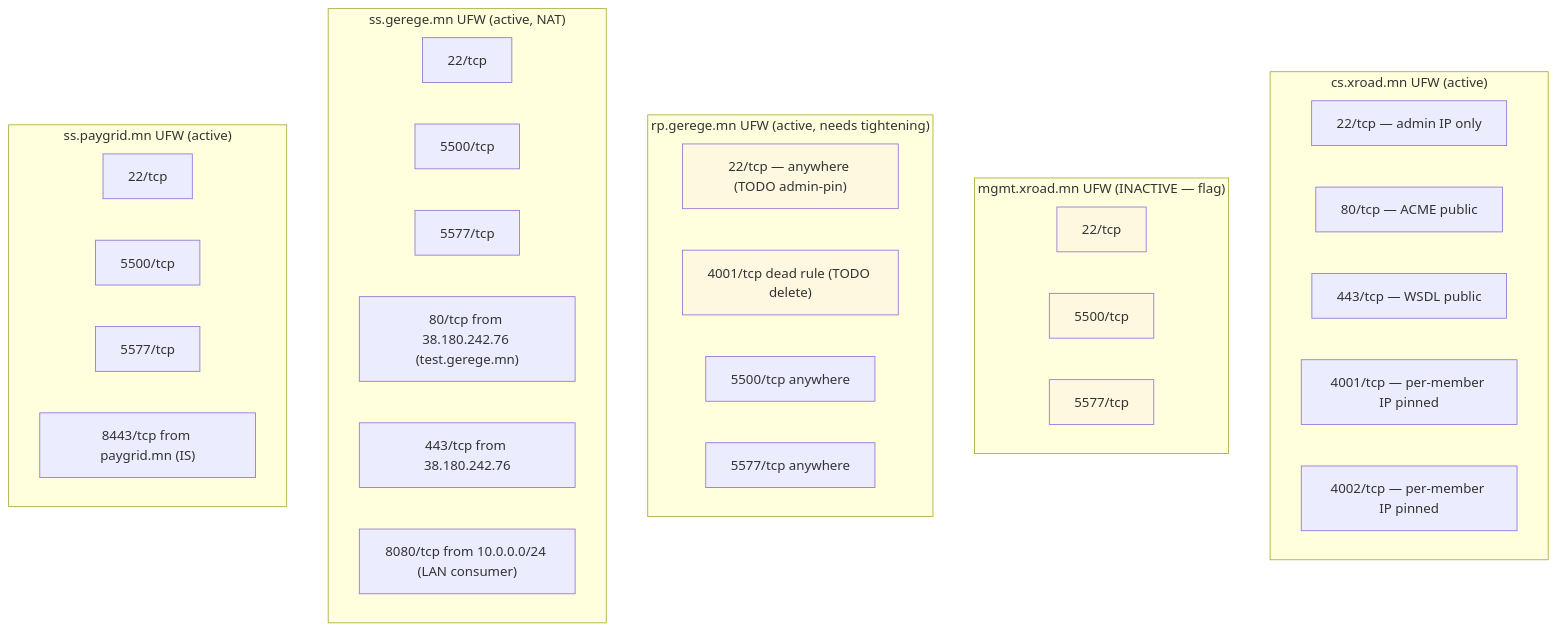
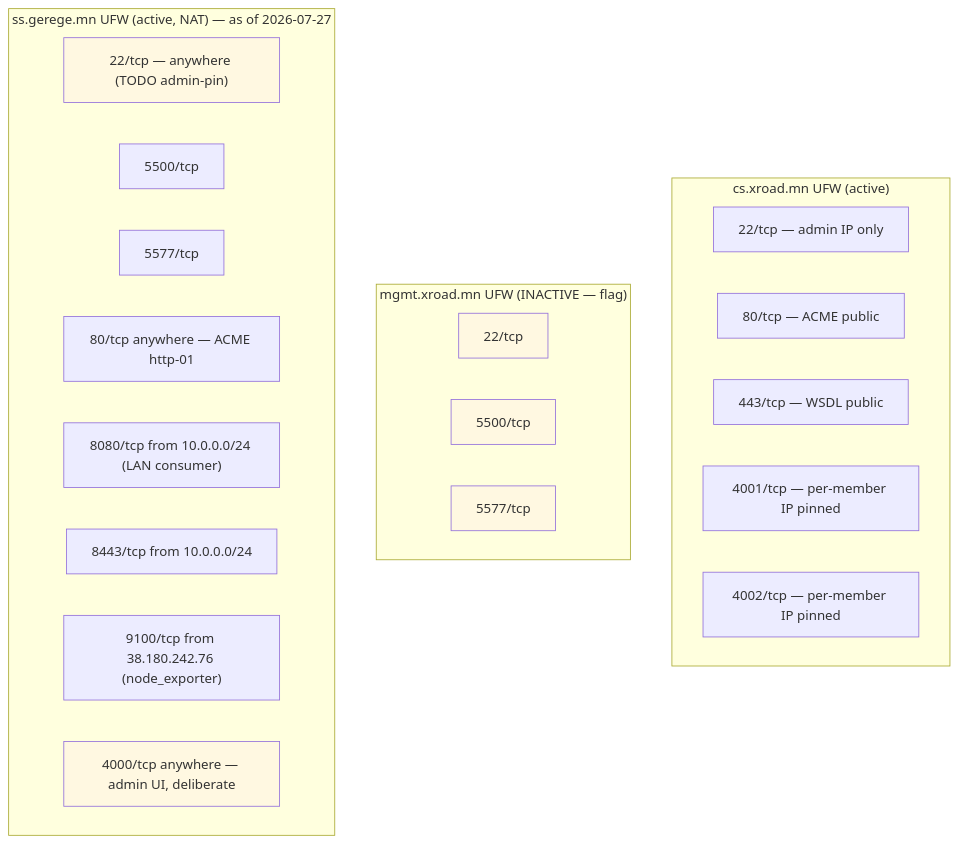
One commit to geregedevops/xroad-mongolia-mn changed the third of 3 diagrams in docs/topology.md. Above: the diagram before and after it, drawn with Mermaid. The commit also changed other lines of this file and 3 other files, not shown here.

````diff
--- a/docs/topology.md
+++ b/docs/topology.md
@@ -101,44 +107,32 @@
 ```mermaid
 graph TB
     %% Per-host UFW posture (2026-05 snapshot)
 
     subgraph cs_ufw["cs.xroad.mn UFW (active)"]
         cs_ssh["22/tcp — admin IP only"]
         cs_80["80/tcp — ACME public"]
         cs_443["443/tcp — WSDL public"]
         cs_4001["4001/tcp — per-member IP pinned"]
         cs_4002["4002/tcp — per-member IP pinned"]
     end
 
     subgraph mgmt_ufw["mgmt.xroad.mn UFW (INACTIVE — flag)"]
         m_22["22/tcp"]
         m_5500["5500/tcp"]
         m_5577["5577/tcp"]
     end
 
-    subgraph rp_ufw["rp.gerege.mn UFW (active, needs tightening)"]
-        rp_22["22/tcp — anywhere (TODO admin-pin)"]
-        rp_4001["4001/tcp dead rule (TODO delete)"]
-        rp_5500["5500/tcp anywhere"]
-        rp_5577["5577/tcp anywhere"]
-    end
-
-    subgraph ss_ufw["ss.gerege.mn UFW (active, NAT)"]
-        ss_22["22/tcp"]
+    subgraph ss_ufw["ss.gerege.mn UFW (active, NAT) — as of 2026-07-27"]
+        ss_22["22/tcp — anywhere (TODO admin-pin)"]
         ss_5500["5500/tcp"]
         ss_5577["5577/tcp"]
-        ss_80["80/tcp from 38.180.242.76 (test.gerege.mn)"]
-        ss_443["443/tcp from 38.180.242.76"]
+        ss_80["80/tcp anywhere — ACME http-01"]
         ss_8080["8080/tcp from 10.0.0.0/24 (LAN consumer)"]
-    end
-
-    subgraph pay_ufw["ss.paygrid.mn UFW (active)"]
-        p_22["22/tcp"]
-        p_5500["5500/tcp"]
-        p_5577["5577/tcp"]
-        p_8443["8443/tcp from paygrid.mn (IS)"]
+        ss_8443["8443/tcp from 10.0.0.0/24"]
+        ss_9100["9100/tcp from 38.180.242.76 (node_exporter)"]
+        ss_4000["4000/tcp anywhere — admin UI, deliberate"]
     end
 
     classDef todo fill:#FFF8E1
-    class rp_22,rp_4001,m_22,m_5500,m_5577 todo
+    class ss_22,ss_4000,m_22,m_5500,m_5577 todo
 ```
````
